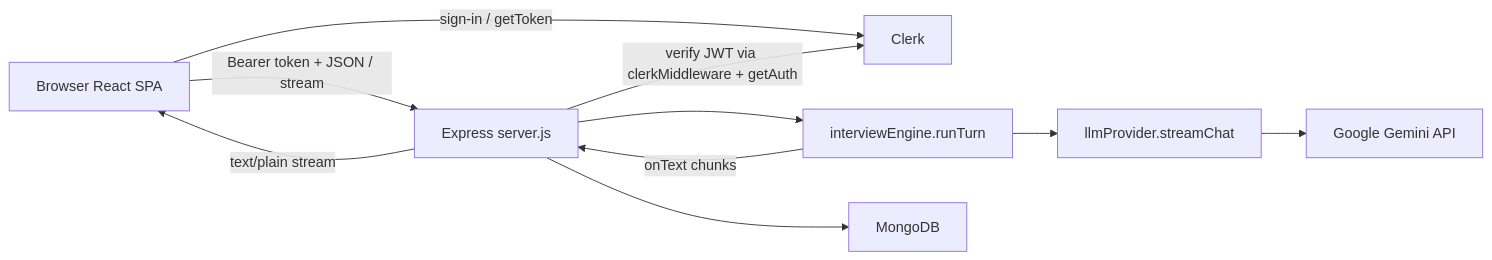
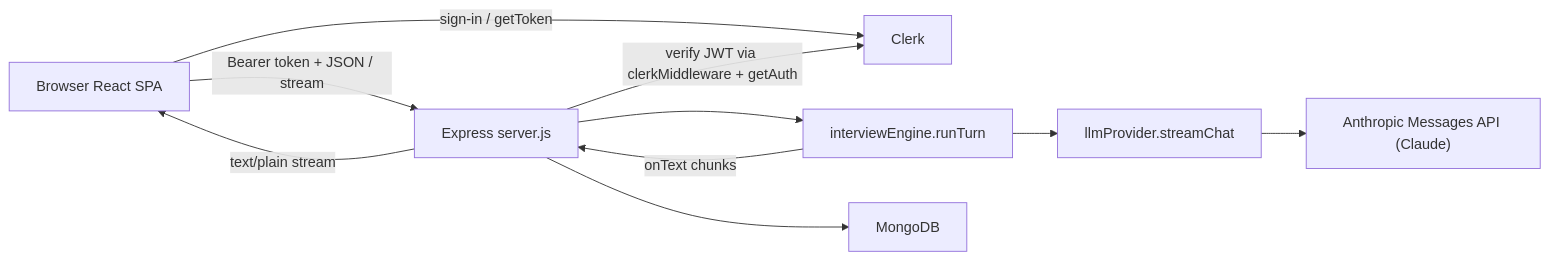
The first of 3 diagrams in FLOW.md (adwet1908/AI-system-design-interviewer), drawn with Mermaid before and after one commit. The commit also changed other lines of this file and 41 other files, not shown here.

````diff
--- a/FLOW.md
+++ b/FLOW.md
@@ -48,20 +57,20 @@
 ```mermaid
 flowchart LR
   Browser["Browser React SPA"]
   Clerk["Clerk"]
   Express["Express server.js"]
   Engine["interviewEngine.runTurn"]
   LLM["llmProvider.streamChat"]
   Mongo["MongoDB"]
-  Gemini["Google Gemini API"]
+  Claude["Anthropic Messages API (Claude)"]
 
   Browser -->|"Bearer token + JSON / stream"| Express
   Browser -->|"sign-in / getToken"| Clerk
   Express -->|"verify JWT via clerkMiddleware + getAuth"| Clerk
   Express --> Engine
   Express --> Mongo
   Engine --> LLM
-  LLM --> Gemini
+  LLM --> Claude
   Engine -->|"onText chunks"| Express
   Express -->|"text/plain stream"| Browser
 ```
````
